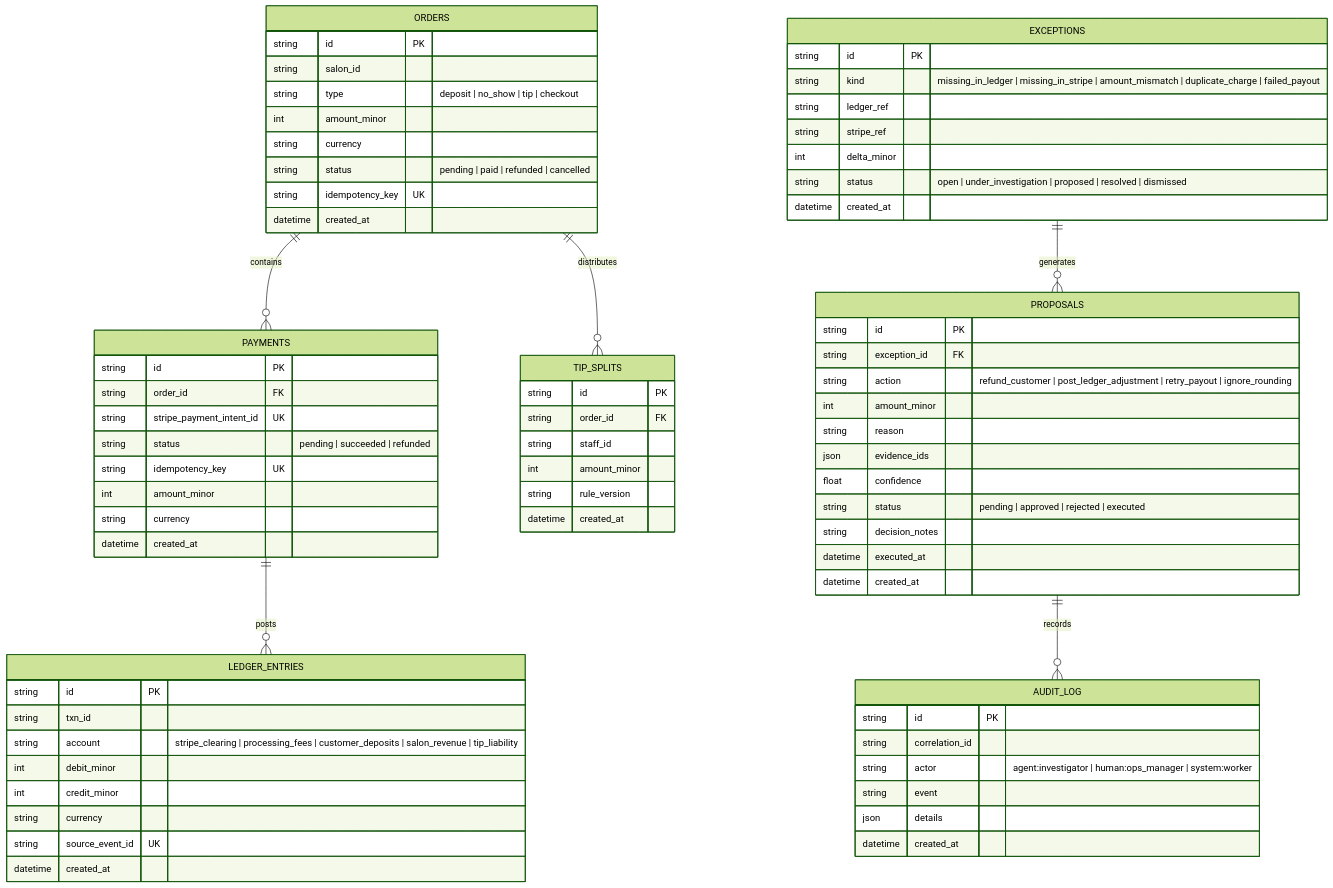
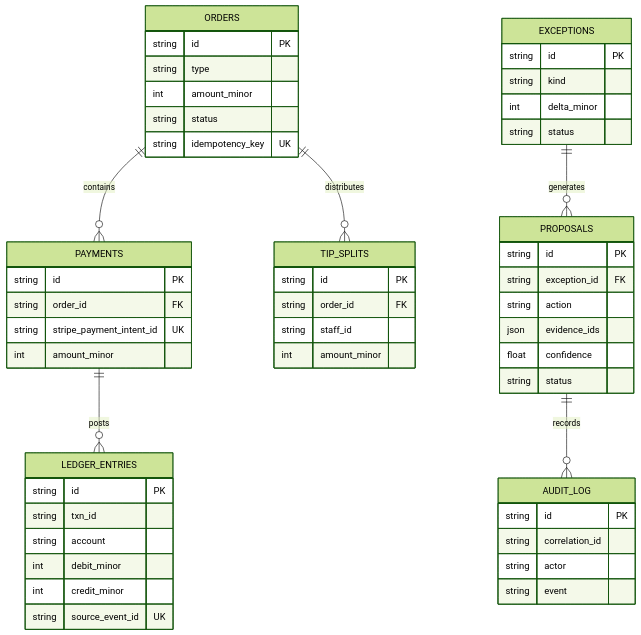
One commit to AbQaadir/finance-agent changed the fourth of 4 diagrams in README.md. Above: the diagram before and after it, drawn with Mermaid (forest theme). The commit also changed other lines of this file, not shown here.

Commit message:
docs: rewrite README as a blog-style article with diagrams

````diff
--- a/README.md
+++ b/README.md
@@ -174,83 +154,56 @@
 ```mermaid
 erDiagram
-    ORDERS ||--o{ PAYMENTS : "contains"
-    ORDERS ||--o{ TIP_SPLITS : "distributes"
-    PAYMENTS ||--o{ LEDGER_ENTRIES : "posts"
-    EXCEPTIONS ||--o{ PROPOSALS : "generates"
-    PROPOSALS ||--o{ AUDIT_LOG : "records"
+    ORDERS ||--o{ PAYMENTS : contains
+    ORDERS ||--o{ TIP_SPLITS : distributes
+    PAYMENTS ||--o{ LEDGER_ENTRIES : posts
+    EXCEPTIONS ||--o{ PROPOSALS : generates
+    PROPOSALS ||--o{ AUDIT_LOG : records
 
     ORDERS {
         string id PK
-        string salon_id
-        string type "deposit | no_show | tip | checkout"
+        string type
         int amount_minor
-        string currency
-        string status "pending | paid | refunded | cancelled"
+        string status
         string idempotency_key UK
-        datetime created_at
     }
-
     PAYMENTS {
         string id PK
         string order_id FK
         string stripe_payment_intent_id UK
-        string status "pending | succeeded | refunded"
-        string idempotency_key UK
         int amount_minor
-        string currency
-        datetime created_at
     }
-
     LEDGER_ENTRIES {
         string id PK
         string txn_id
-        string account "stripe_clearing | processing_fees | customer_deposits | salon_revenue | tip_liability"
+        string account
         int debit_minor
         int credit_minor
-        string currency
         string source_event_id UK
-        datetime created_at
     }
-
     TIP_SPLITS {
         string id PK
         string order_id FK
         string staff_id
         int amount_minor
-        string rule_version
-        datetime created_at
     }
-
     EXCEPTIONS {
         string id PK
-        string kind "missing_in_ledger | missing_in_stripe | amount_mismatch | duplicate_charge | failed_payout"
-        string ledger_ref
-        string stripe_ref
+        string kind
         int delta_minor
-        string status "open | under_investigation | proposed | resolved | dismissed"
-        datetime created_at
+        string status
     }
-
     PROPOSALS {
         string id PK
         string exception_id FK
-        string action "refund_customer | post_ledger_adjustment | retry_payout | ignore_rounding"
-        int amount_minor
-        string reason
+        string action
         json evidence_ids
         float confidence
-        string status "pending | approved | rejected | executed"
-        string decision_notes
-        datetime executed_at
-        datetime created_at
+        string status
     }
-
     AUDIT_LOG {
         string id PK
         string correlation_id
-        string actor "agent:investigator | human:ops_manager | system:worker"
+        string actor
         string event
-        json details
-        datetime created_at
     }
 ```
````
